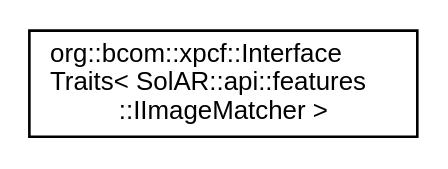
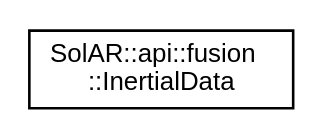
Before and after one commit to SolarFramework/solarframework.github.io: the diagram in api_documentation/inherit_graph_2.dot, drawn with Graphviz. The commit also changed 66 other files, not shown here.

```diff
--- a/api_documentation/inherit_graph_2.dot
+++ b/api_documentation/inherit_graph_2.dot
@@ -1,8 +1,8 @@
 digraph "Graphical Class Hierarchy"
 {
  // LATEX_PDF_SIZE
   edge [fontname="Helvetica",fontsize="10",labelfontname="Helvetica",labelfontsize="10"];
   node [fontname="Helvetica",fontsize="10",shape=record];
   rankdir="LR";
-  Node0 [label="org::bcom::xpcf::Interface\lTraits\< SolAR::api::features\l::IImageMatcher \>",height=0.2,width=0.4,color="black", fillcolor="white", style="filled",URL="$structorg_1_1bcom_1_1xpcf_1_1_interface_traits_3_01_sol_a_r_1_1api_1_1features_1_1_i_image_matcher_01_4.html",tooltip=" "];
+  Node0 [label="SolAR::api::fusion\l::InertialData",height=0.2,width=0.4,color="black", fillcolor="white", style="filled",URL="$struct_sol_a_r_1_1api_1_1fusion_1_1_inertial_data.html",tooltip=" "];
 }
```
